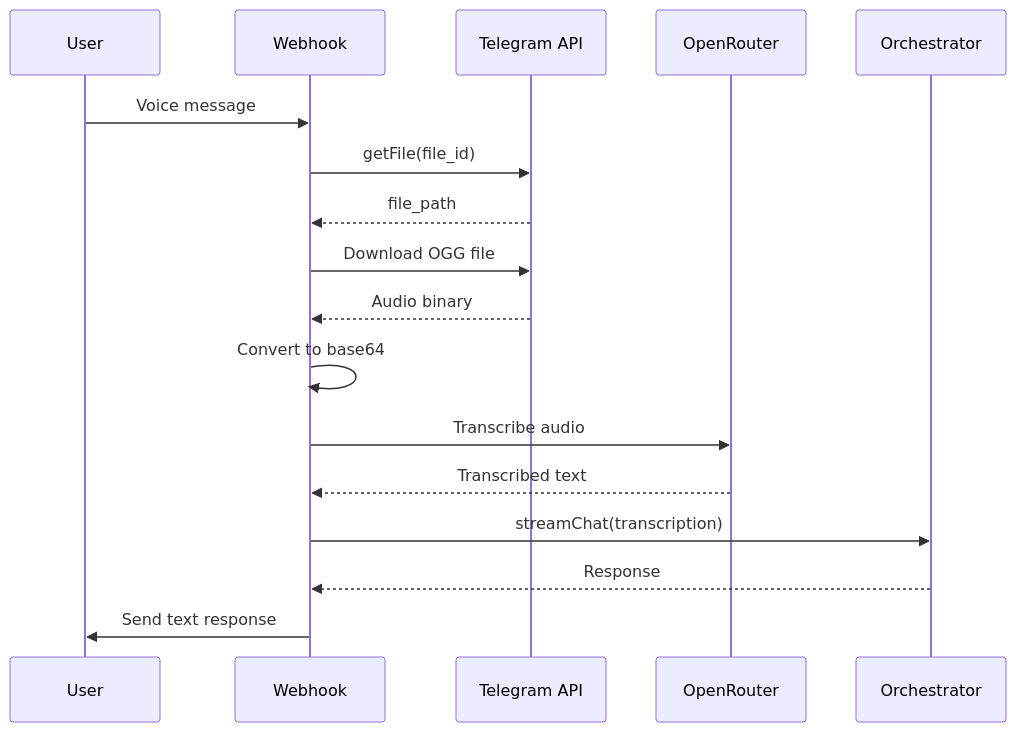
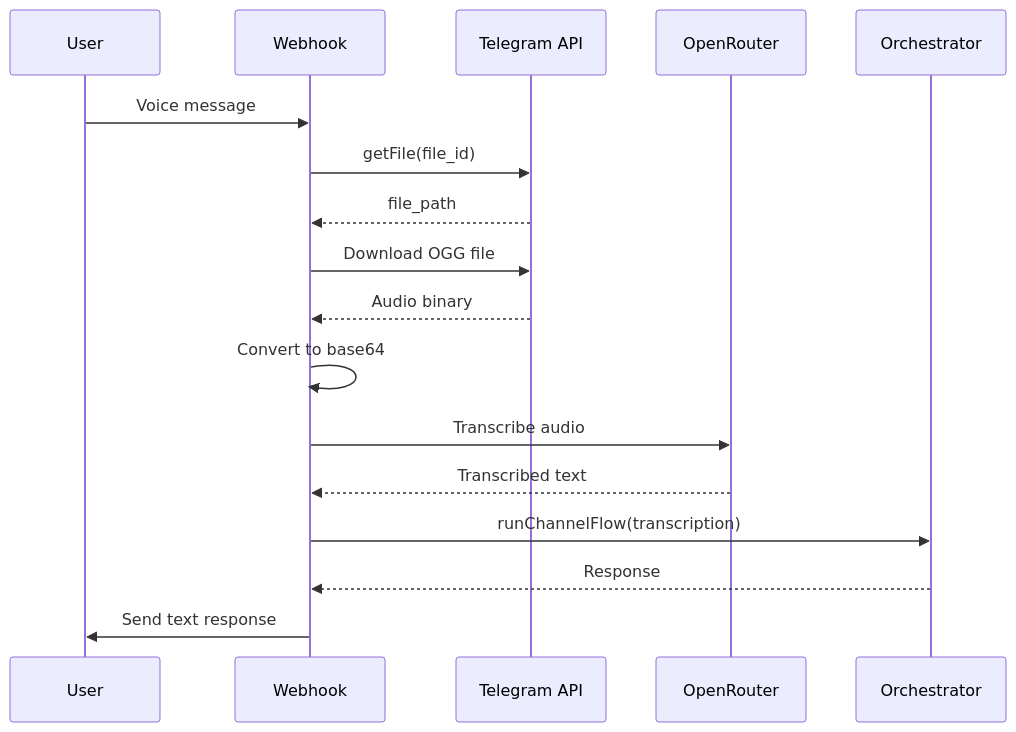
One commit to KovD3v/anthon-2.0 changed the fourth of 9 diagrams in docs/telegram-webhook.md. Above: the diagram before and after it, drawn with Mermaid. The commit also changed other lines of this file and 45 other files, not shown here.

````diff
--- a/docs/telegram-webhook.md
+++ b/docs/telegram-webhook.md
@@ -97,20 +97,20 @@
 ```mermaid
 sequenceDiagram
     participant U as User
     participant WH as Webhook
     participant TG as Telegram API
     participant TR as OpenRouter
     participant AI as Orchestrator
 
     U->>WH: Voice message
     WH->>TG: getFile(file_id)
     TG-->>WH: file_path
     WH->>TG: Download OGG file
     TG-->>WH: Audio binary
     WH->>WH: Convert to base64
     WH->>TR: Transcribe audio
     TR-->>WH: Transcribed text
-    WH->>AI: streamChat(transcription)
+    WH->>AI: runChannelFlow(transcription)
     AI-->>WH: Response
     WH->>U: Send text response
 ```
````
